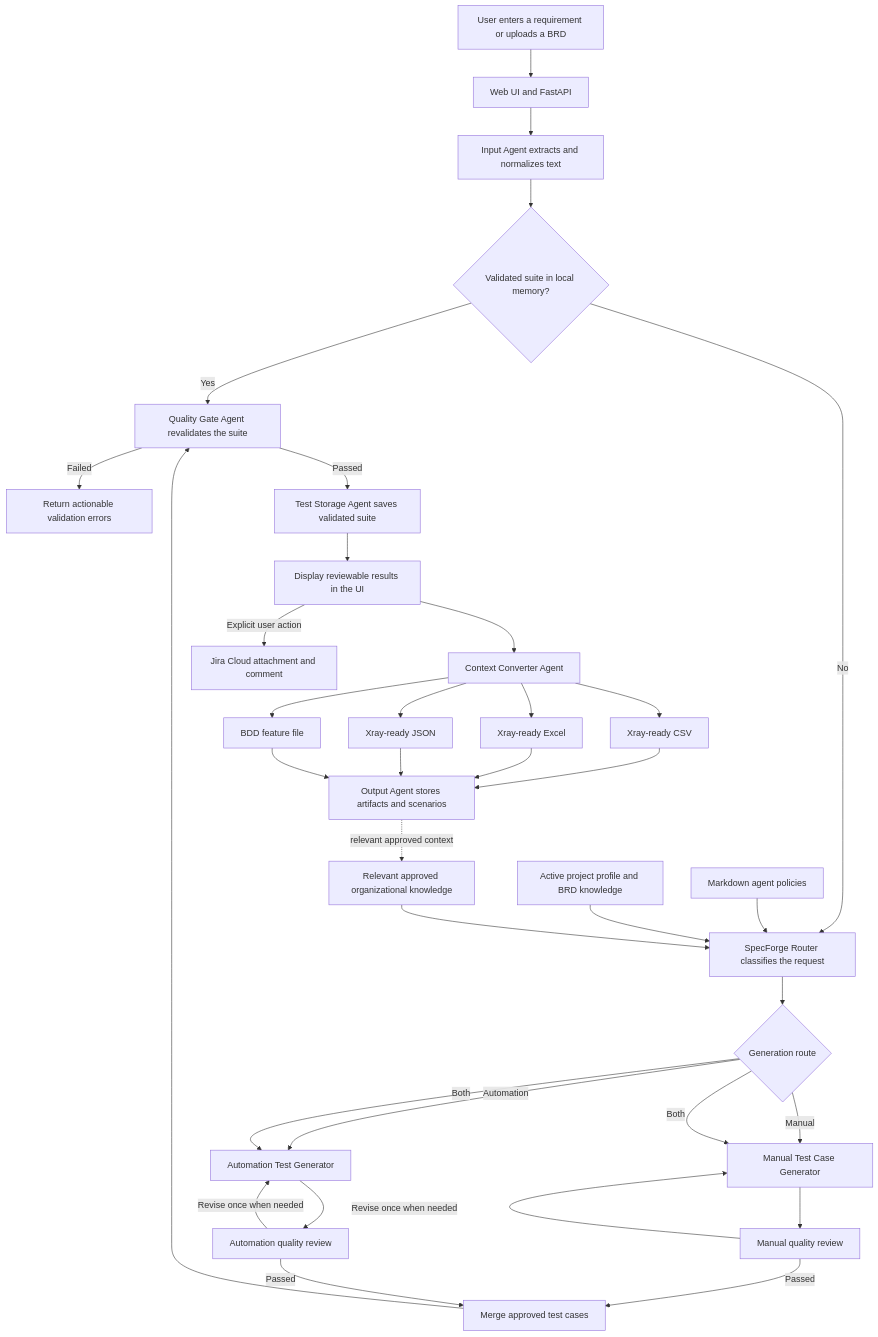
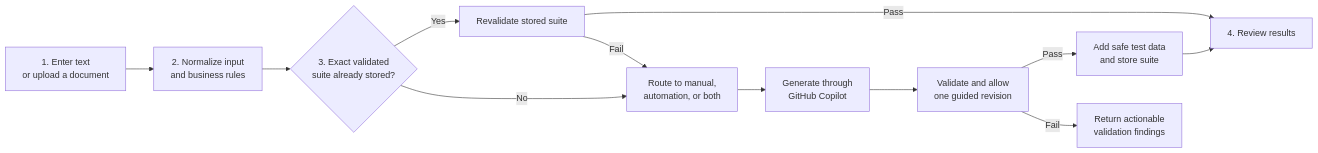
One commit to sasidhar265/TestPilotAI changed the first of 4 diagrams in README.md. Above: the diagram before and after it, drawn with Mermaid. The commit also changed other lines of this file, not shown here.

Commit message:
Update README architecture and lifecycle docs

````diff
--- a/README.md
+++ b/README.md
@@ -147,45 +184,14 @@
 ```mermaid
-flowchart TD
-    A[User enters a requirement or uploads a BRD] --> B[Web UI and FastAPI]
-    B --> C[Input Agent extracts and normalizes text]
-    C --> D{Validated suite in local memory?}
-
-    D -->|Yes| Q[Quality Gate Agent revalidates the suite]
-    D -->|No| S[SpecForge Router classifies the request]
-
-    P[Markdown agent policies] --> S
-    K[Active project profile and BRD knowledge] --> S
-    O[Relevant approved organizational knowledge] --> S
-
-    S --> R{Generation route}
-    R -->|Manual| M[Manual Test Case Generator]
-    R -->|Automation| T[Automation Test Generator]
-    R -->|Both| M
-    R -->|Both| T
-
-    M --> MQ[Manual quality review]
-    T --> AQ[Automation quality review]
-    MQ -->|Revise once when needed| M
-    AQ -->|Revise once when needed| T
-    MQ -->|Passed| G[Merge approved test cases]
-    AQ -->|Passed| G
-    G --> Q
-
-    Q -->|Failed| E[Return actionable validation errors]
-    Q -->|Passed| TS[Test Storage Agent saves validated suite]
-    TS --> V[Display reviewable results in the UI]
-
-    V --> CC[Context Converter Agent]
-    CC --> CSV[Xray-ready CSV]
-    CC --> XLSX[Xray-ready Excel]
-    CC --> JSON[Xray-ready JSON]
-    CC --> FEATURE[BDD feature file]
-
-    CSV --> OA[Output Agent stores artifacts and scenarios]
-    XLSX --> OA
-    JSON --> OA
-    FEATURE --> OA
-    OA -. relevant approved context .-> O
-
-    V -->|Explicit user action| J[Jira Cloud attachment and comment]
+flowchart LR
+    A[1. Enter text<br/>or upload a document] --> B[2. Normalize input<br/>and business rules]
+    B --> C{3. Exact validated<br/>suite already stored?}
+    C -->|Yes| D[Revalidate stored suite]
+    C -->|No| E[Route to manual,<br/>automation, or both]
+    E --> F[Generate through<br/>GitHub Copilot]
+    F --> G[Validate and allow<br/>one guided revision]
+    G -->|Pass| H[Add safe test data<br/>and store suite]
+    G -->|Fail| I[Return actionable<br/>validation findings]
+    D -->|Pass| J[4. Review results]
+    D -->|Fail| E
+    H --> J
 ```
````
